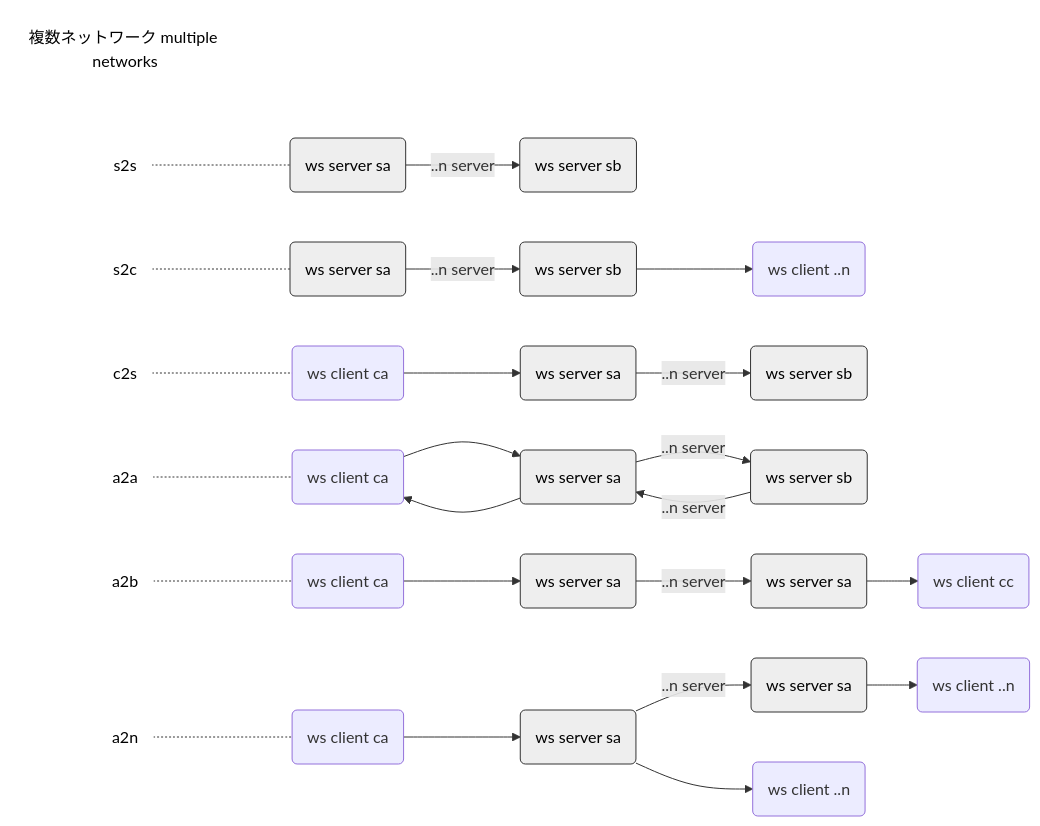
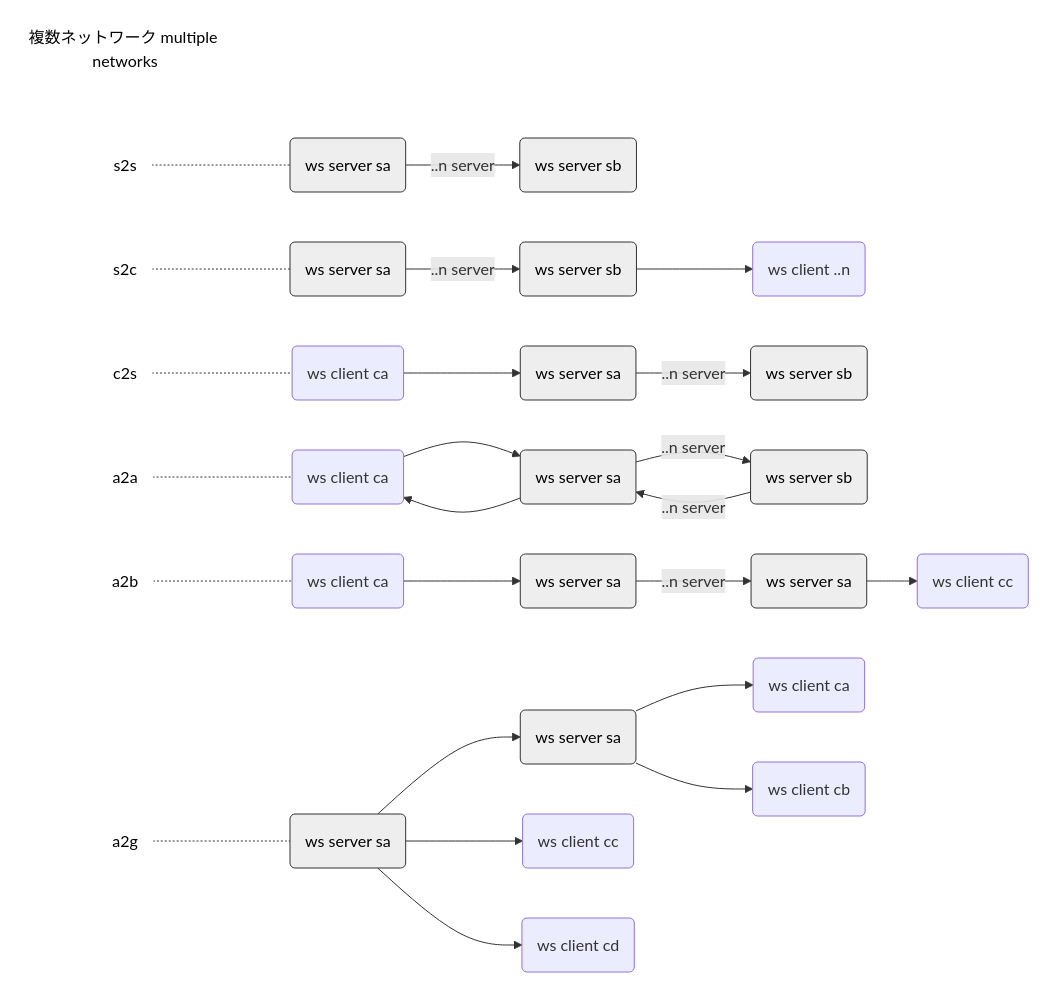
The second of 6 diagrams in README.md (toshirot/w2w), drawn with Mermaid before and after one commit. The commit also changed other lines of this file, not shown here.

````diff
--- a/README.md
+++ b/README.md
@@ -81,68 +93,68 @@
 ```mermaid
 flowchart LR
 
 text2(複数ネットワーク multiple networks):::class_text
 
     %%multi_type1
         text_s2s(s2s):::class_text_min
         multi_type1s1(ws server sa):::class_server
         multi_type1s2(ws server sb):::class_server
             text_s2s -.- multi_type1s1
             multi_type1s1 --> |..n server| multi_type1s2
 
     %%multi_type2
         text_s2c(s2c):::class_text_min
         multi_type2s1(ws server sa):::class_server
         multi_type2s2(ws server sb):::class_server
         multi_type2c(ws client ..n) 
             text_s2c -.- multi_type2s1
             multi_type2s1 -->  |..n server| multi_type2s2 --> multi_type2c
 
     %%multi_type3
         text_c2s(c2s):::class_text_min
         multi_type3c(ws client ca) 
         multi_type3s1(ws server sa):::class_server
         multi_type3s2(ws server sb):::class_server
             text_c2s -.- multi_type3c
             multi_type3c --> multi_type3s1 -->  |..n server| multi_type3s2
 
     %%single_type4
         text_a2a(a2a):::class_text_min
         multi_type4c1(ws client ca) 
         multi_type4s1(ws server sa):::class_server 
         multi_type4s2(ws server sb):::class_server
             text_a2a -.- multi_type4c1
             multi_type4c1 --> multi_type4s1 --> |..n server| multi_type4s2 -->  |..n server| multi_type4s1--> multi_type4c1
  
      %%multi_type5
         text_a2b(a2b):::class_text_min
         multi_type5c1(ws client ca) 
         multi_type5s1(ws server sa):::class_server
         multi_type5s2(ws server sa):::class_server 
         multi_type5c3(ws client cc) 
             text_a2b -.- multi_type5c1
             multi_type5c1 --> multi_type5s1
                         multi_type5s1 -->  |..n server| multi_type5s2
                         multi_type5s2 --> multi_type5c3
 
+    %%single_type6
+        text_a2g(a2g):::class_text_min
+        multi_type6c1(ws client ca) 
+        multi_type6s1(ws server sa):::class_server 
+        multi_type6s2(ws server sa):::class_server 
+        multi_type6c2(ws client cb) 
+        multi_type6c3(ws client cc) 
+        multi_type6c4(ws client cd) 
+            text_a2g -.- multi_type6s1
+            multi_type6s1 --> multi_type6s2
+                multi_type6s2 --> multi_type6c1
+            multi_type6s2 --> multi_type6c2
+                        multi_type6s1 --> multi_type6c3
+                        multi_type6s1 --> multi_type6c4
 
-     %%multi_type6
-        text_a2n(a2n):::class_text_min
-        multi_type6c1(ws client ca) 
-        multi_type6s1(ws server sa):::class_server
-        multi_type6s2(ws server sa):::class_server 
-
-        multi_type6c2(ws client ..n) 
-
-        multi_type6c5(ws client ..n) 
-            text_a2n-.- multi_type6c1
-            multi_type6c1 --> multi_type6s1 --> multi_type6c2
-                        multi_type6s1 -->  |..n server| multi_type6s2
-                        multi_type6s2 --> multi_type6c5
-                     
 
 classDef class_server fill:#eee,color:#000,stroke:#333
 classDef class_text fill:#fff,color:#000,stroke:#fff
 classDef class_text_min fill:#fff,color:#000,stroke:#fff,margin:0
 
 ```
````
